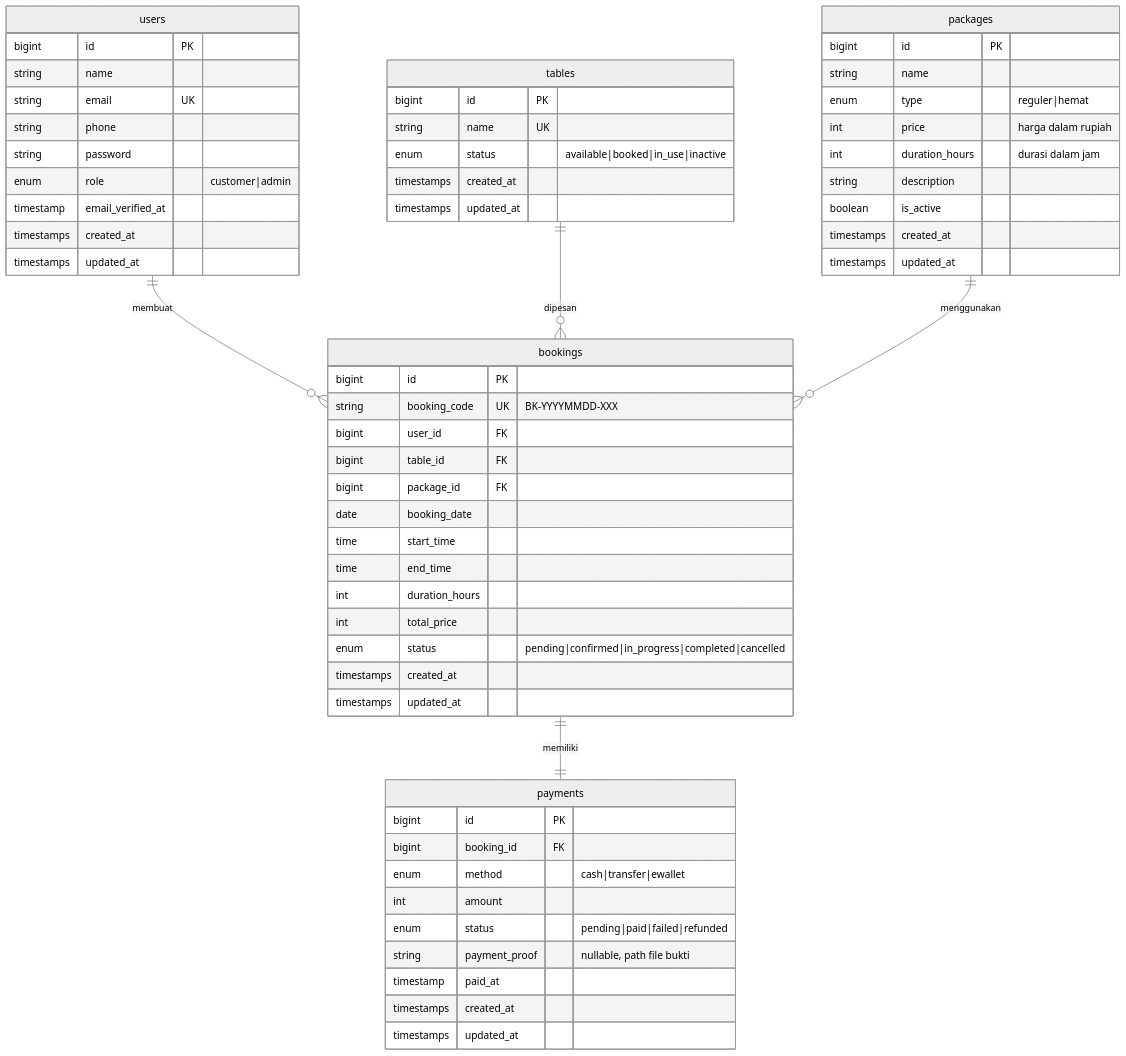
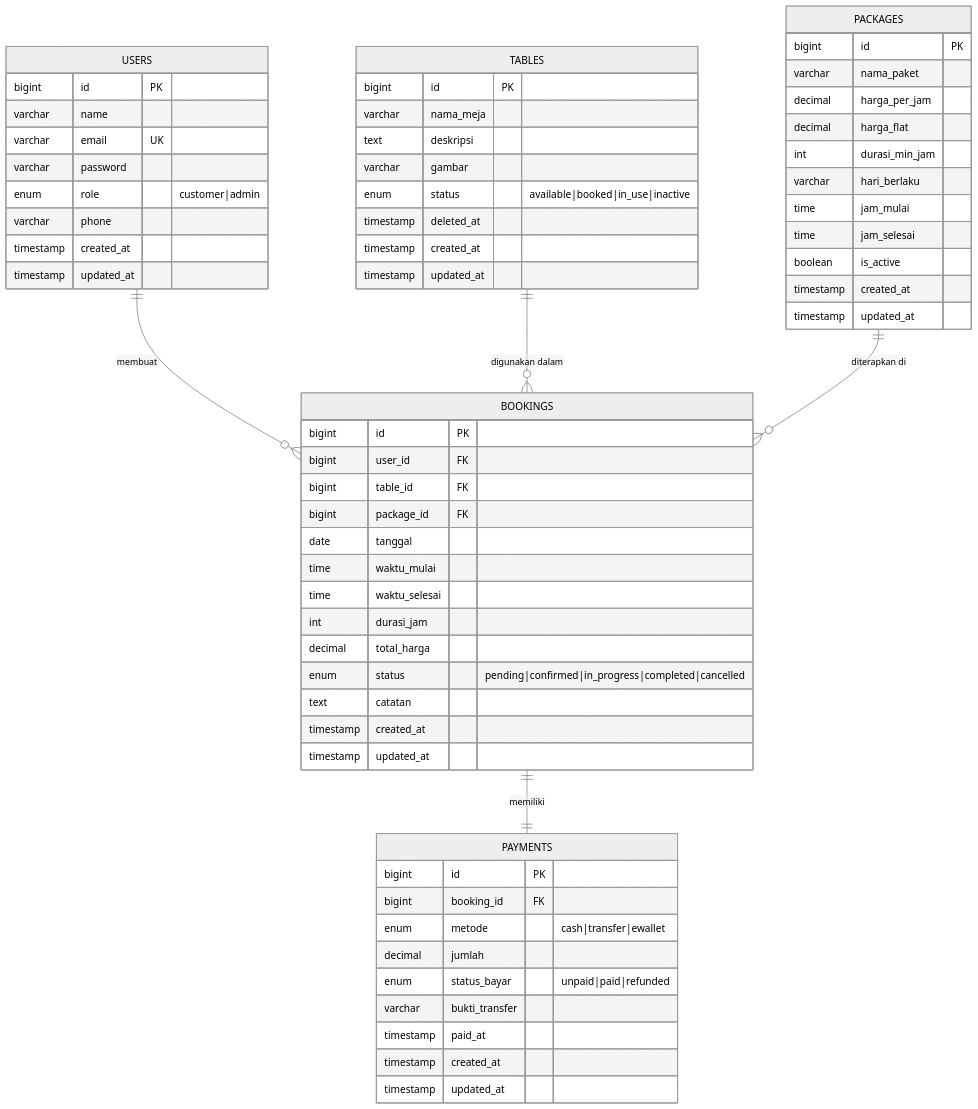
Before and after one commit to asramahdy16/vibe-billiard: the second of 3 diagrams in backend_planning.md, drawn with Mermaid (neutral theme). The commit also changed other lines of this file and 120 other files, not shown here.

````diff
--- a/backend_planning.md
+++ b/backend_planning.md
@@ -19,67 +931,71 @@
 ```mermaid
 erDiagram
-    users ||--o{ bookings : "membuat"
-    tables ||--o{ bookings : "dipesan"
-    packages ||--o{ bookings : "menggunakan"
-    bookings ||--|| payments : "memiliki"
-
-    users {
+    USERS {
         bigint id PK
-        string name
-        string email UK
-        string phone
-        string password
+        varchar name
+        varchar email UK
+        varchar password
         enum role "customer|admin"
-        timestamp email_verified_at
-        timestamps created_at
-        timestamps updated_at
+        varchar phone
+        timestamp created_at
+        timestamp updated_at
     }
 
-    tables {
+    TABLES {
         bigint id PK
-        string name UK
+        varchar nama_meja
+        text deskripsi
+        varchar gambar
         enum status "available|booked|in_use|inactive"
-        timestamps created_at
-        timestamps updated_at
+        timestamp deleted_at
+        timestamp created_at
+        timestamp updated_at
     }
 
-    packages {
+    PACKAGES {
         bigint id PK
-        string name
-        enum type "reguler|hemat"
-        int price "harga dalam rupiah"
-        int duration_hours "durasi dalam jam"
-        string description
+        varchar nama_paket
+        decimal harga_per_jam
+        decimal harga_flat
+        int durasi_min_jam
+        varchar hari_berlaku
+        time jam_mulai
+        time jam_selesai
         boolean is_active
-        timestamps created_at
-        timestamps updated_at
+        timestamp created_at
+        timestamp updated_at
     }
 
-    bookings {
+    BOOKINGS {
         bigint id PK
-        string booking_code UK "BK-YYYYMMDD-XXX"
         bigint user_id FK
         bigint table_id FK
         bigint package_id FK
-        date booking_date
-        time start_time
-        time end_time
-        int duration_hours
-        int total_price
+        date tanggal
+        time waktu_mulai
+        time waktu_selesai
+        int durasi_jam
+        decimal total_harga
         enum status "pending|confirmed|in_progress|completed|cancelled"
-        timestamps created_at
-        timestamps updated_at
+        text catatan
+        timestamp created_at
+        timestamp updated_at
     }
 
-    payments {
+    PAYMENTS {
         bigint id PK
         bigint booking_id FK
-        enum method "cash|transfer|ewallet"
-        int amount
-        enum status "pending|paid|failed|refunded"
-        string payment_proof "nullable, path file bukti"
+        enum metode "cash|transfer|ewallet"
+        decimal jumlah
+        enum status_bayar "unpaid|paid|refunded"
+        varchar bukti_transfer
         timestamp paid_at
-        timestamps created_at
-        timestamps updated_at
+        timestamp created_at
+        timestamp updated_at
     }
+
+    USERS ||--o{ BOOKINGS : "membuat"
+    TABLES ||--o{ BOOKINGS : "digunakan dalam"
+    PACKAGES ||--o{ BOOKINGS : "diterapkan di"
+    BOOKINGS ||--|| PAYMENTS : "memiliki"
 ```
````
